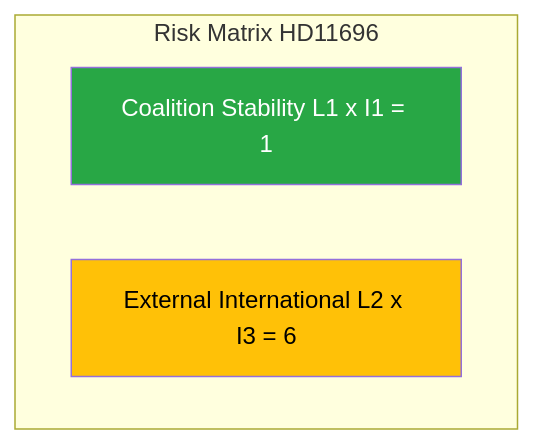
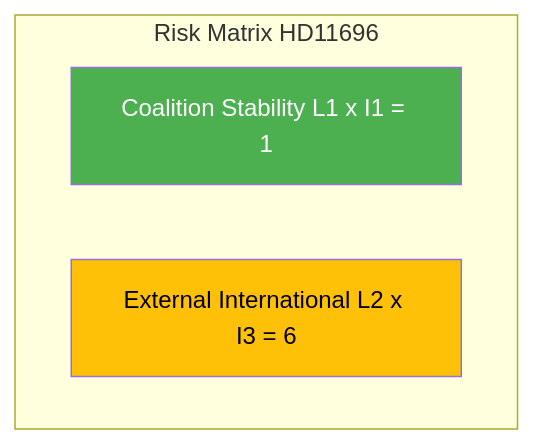
The second of 2 diagrams in analysis/daily/2026-04-10/realtime-1026/documents/hd11696-analysis.md (Hack23/riksdagsmonitor), drawn with Mermaid before and after one commit. The commit also changed other lines of this file and 785 other files, not shown here.

First line of the commit message:
Normalize mermaid colors across 786 analysis artifacts to ISMS Style Guide palette

````diff
--- a/analysis/daily/2026-04-10/realtime-1026/documents/hd11696-analysis.md
+++ b/analysis/daily/2026-04-10/realtime-1026/documents/hd11696-analysis.md
@@ -66,9 +66,9 @@
 ```mermaid
 graph TD
     subgraph Risk Matrix HD11696
         R1[Coalition Stability L1 x I1 = 1]
         R5[External International L2 x I3 = 6]
     end
-    style R1 fill:#28a745,color:#fff
-    style R5 fill:#ffc107,color:#000
+    style R1 fill:#4CAF50,color:#FFFFFF
+    style R5 fill:#FFC107,color:#000000
 ```
````
